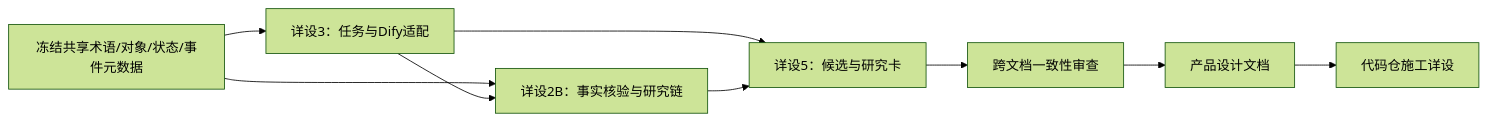
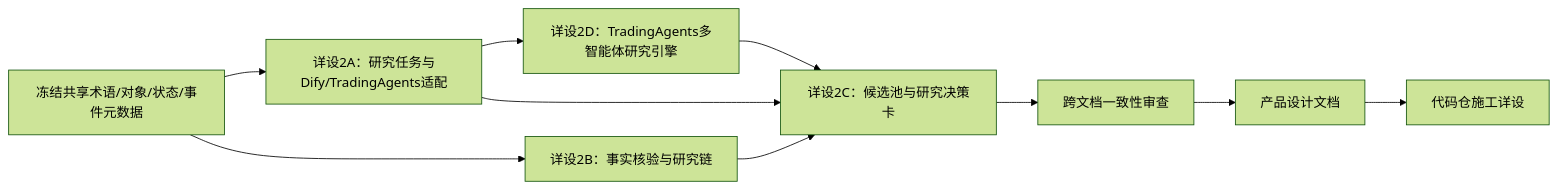
The seventh of 7 diagrams in doc/详设文档/详设_2_研究与候选发现详细设计方案.md (shaoqf2350/quant), drawn with Mermaid (forest theme) before and after one commit. The commit also changed other lines of this file and 100 other files, not shown here.

````diff
--- a/doc/详设文档/详设_2_研究与候选发现详细设计方案.md
+++ b/doc/详设文档/详设_2_研究与候选发现详细设计方案.md
@@ -1951,12 +2067,13 @@
 ```mermaid
 flowchart LR
     A[冻结共享术语/对象/状态/事件元数据]
-    A --> B[详设3：任务与Dify适配]
+    A --> B[详设2A：研究任务与Dify/TradingAgents适配]
     A --> C[详设2B：事实核验与研究链]
-    B --> C
-    B --> D[详设5：候选与研究卡]
-    C --> D
-    D --> E[跨文档一致性审查]
-    E --> F[产品设计文档]
-    F --> G[代码仓施工详设]
+    B --> D[详设2D：TradingAgents多智能体研究引擎]
+    B --> E[详设2C：候选池与研究决策卡]
+    C --> E
+    D --> E
+    E --> F[跨文档一致性审查]
+    F --> G[产品设计文档]
+    G --> H[代码仓施工详设]
 ```
````
